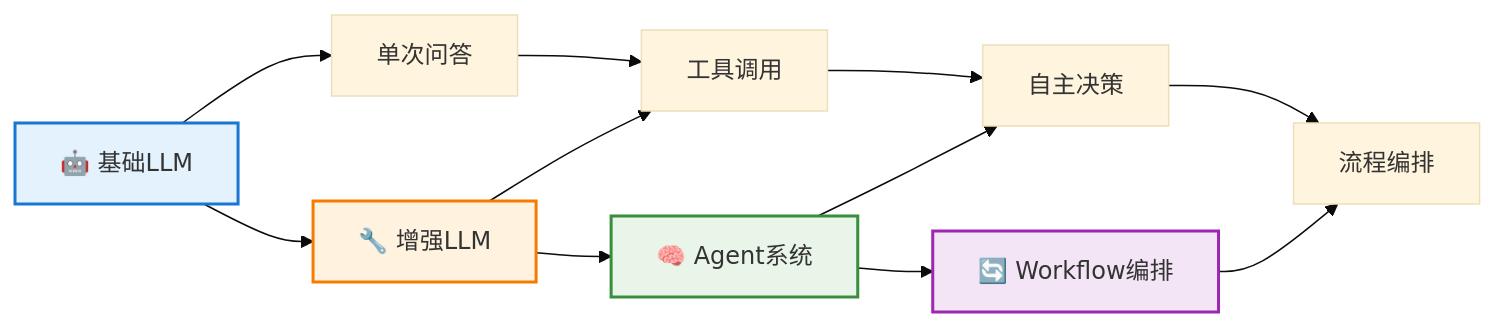
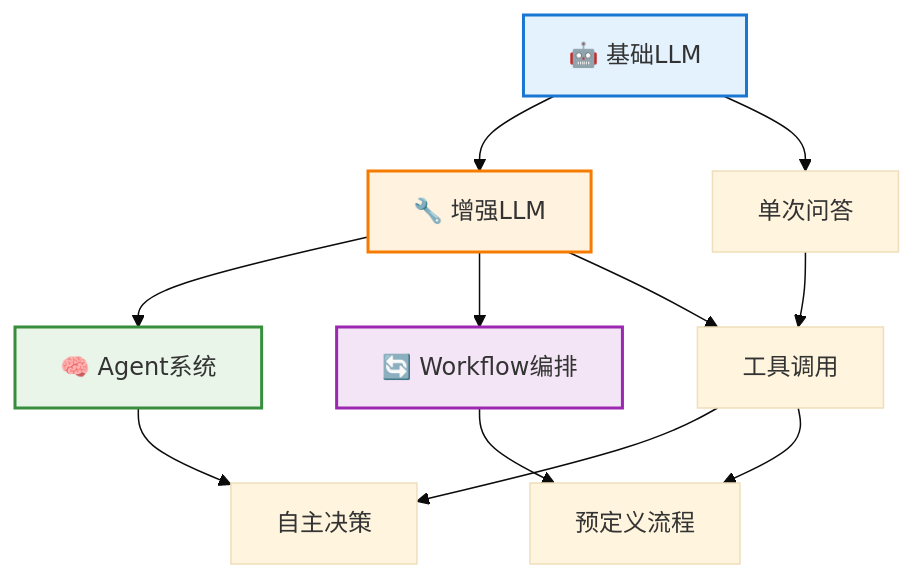
Before and after one commit to yxzf/claude-code-guide: the second of 11 diagrams in agent/AI_Agent_完整入门指南.md, drawn with Mermaid (base theme). The commit also changed other lines of this file, not shown here.

First line of the commit message:
修正技术演进图：Agent和Workflow是并行路径

````diff
--- a/agent/AI_Agent_完整入门指南.md
+++ b/agent/AI_Agent_完整入门指南.md
@@ -53,20 +53,20 @@
 ```mermaid
-graph LR
+graph TD
     A[🤖 基础LLM] --> B[🔧 增强LLM]
     B --> C[🧠 Agent系统]
-    C --> D[🔄 Workflow编排]
+    B --> D[🔄 Workflow编排]
     
     A1[单次问答] --> B1[工具调用]
-    B1 --> C1[自主决策] 
-    C1 --> D1[流程编排]
+    B1 --> C1[自主决策]
+    B1 --> D1[预定义流程]
     
     A --> A1
     B --> B1  
     C --> C1
     D --> D1
     
     style A fill:#e3f2fd,stroke:#1976d2,stroke-width:2px
     style B fill:#fff3e0,stroke:#f57c00,stroke-width:2px
     style C fill:#e8f5e8,stroke:#388e3c,stroke-width:2px
     style D fill:#f3e5f5,stroke:#9c27b0,stroke-width:2px
 ```
````
